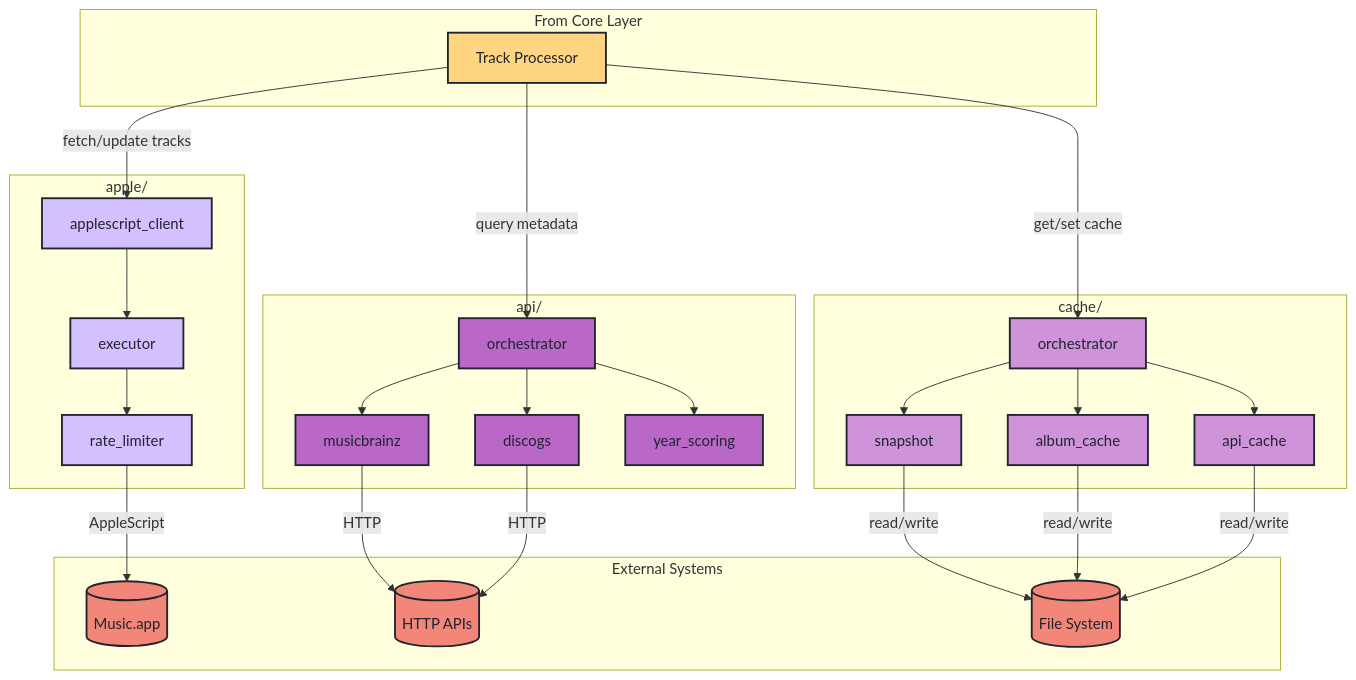
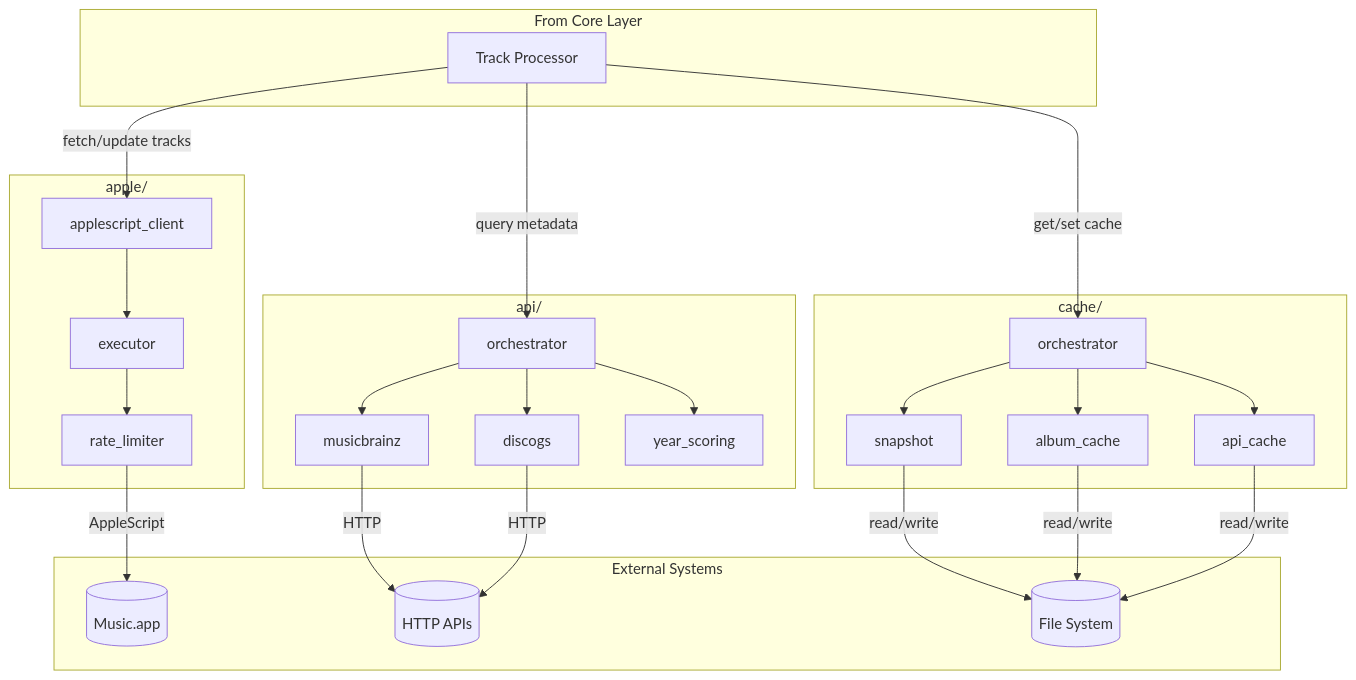
The seventh of 8 diagrams in docs/architecture/overview.md (barad1tos/GenreUpdater), drawn with Mermaid before and after one commit. The commit also changed other lines of this file and 2 other files, not shown here.

First line of the commit message:
fix(docs): let Material theme Mermaid natively

````diff
--- a/docs/architecture/overview.md
+++ b/docs/architecture/overview.md
@@ -218,53 +196,43 @@
 ```mermaid
 graph TB
     subgraph Callers["From Core Layer"]
         Core[Track Processor]
     end
 
     subgraph Apple["apple/"]
         AC[applescript_client]
         AE[executor]
         RL[rate_limiter]
     end
 
     subgraph Cache["cache/"]
         CO[orchestrator]
         SS[snapshot]
         ALB[album_cache]
         API_C[api_cache]
     end
 
     subgraph APIs["api/"]
         AO[orchestrator]
         MB[musicbrainz]
         DG[discogs]
         YS[year_scoring]
     end
 
     subgraph External["External Systems"]
         MusicApp[(Music.app)]
         ExtAPI[(HTTP APIs)]
         Files[(File System)]
     end
 
     Core -->|fetch/update tracks| AC
     AC --> AE --> RL
     RL -->|AppleScript| MusicApp
     Core -->|get/set cache| CO
     CO --> SS & ALB & API_C
     SS & ALB & API_C -->|read/write| Files
     Core -->|query metadata| AO
     AO --> MB & DG
     AO --> YS
     MB & DG -->|HTTP| ExtAPI
-    classDef caller fill:#FFD580, stroke:#1F2430, stroke-width:2px, color:#1F2430
-    classDef apple fill:#D4BFFF, stroke:#1F2430, stroke-width:2px, color:#1F2430
-    classDef cache fill:#CE93D8, stroke:#1F2430, stroke-width:2px, color:#1F2430
-    classDef api fill:#BA68C8, stroke:#1F2430, stroke-width:2px, color:#1F2430
-    classDef external fill:#F28779, stroke:#1F2430, stroke-width:2px, color:#1F2430
-    class Core caller
-    class AC,AE,RL apple
-    class CO,SS,ALB,API_C cache
-    class AO,MB,DG,YS api
-    class MusicApp,ExtAPI,Files external
 ```
````
